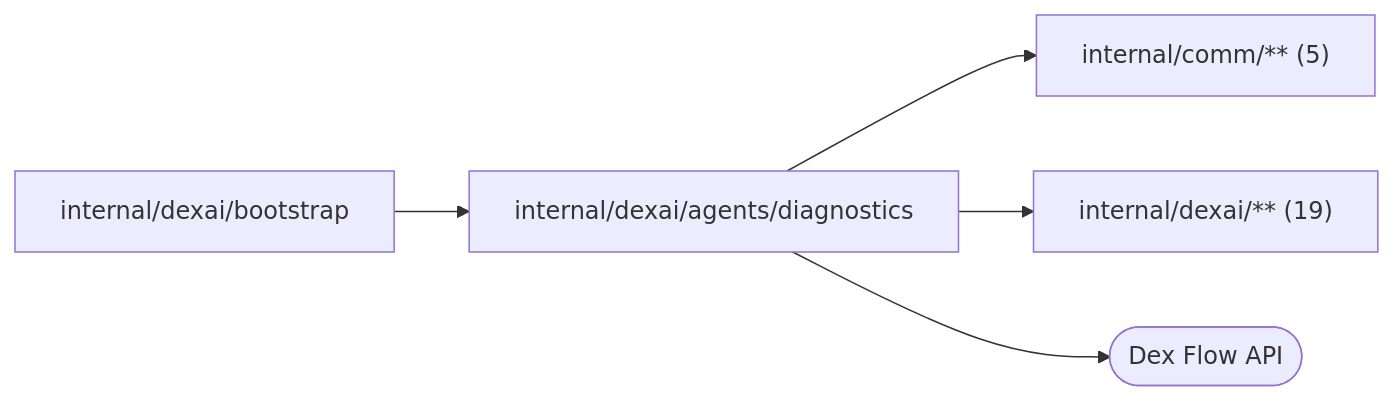
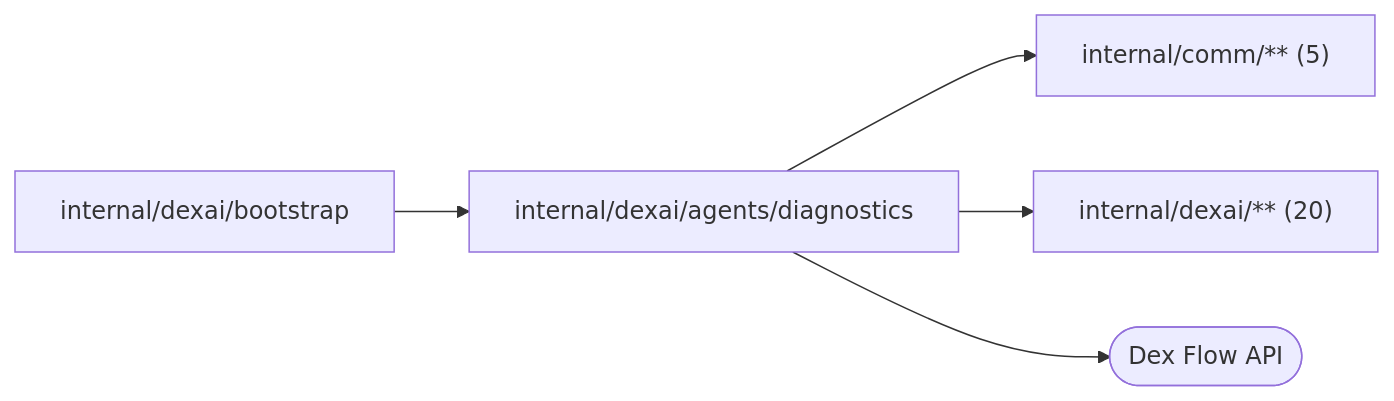
The diagram in internal/dexai/agents/diagnostics/README.md (superdurable/superverse), drawn with Mermaid before and after one commit. The commit also changed other lines of this file and 259 other files, not shown here.

````diff
--- a/internal/dexai/agents/diagnostics/README.md
+++ b/internal/dexai/agents/diagnostics/README.md
@@ -10,8 +10,8 @@
 ```mermaid
 flowchart LR
   self["internal/dexai/agents/diagnostics"]
   c0["internal/dexai/bootstrap"] --> self
   self --> d0["internal/comm/** (5)"]
-  self --> d1["internal/dexai/** (19)"]
+  self --> d1["internal/dexai/** (20)"]
   self --> e0(["Dex Flow API"])
 ```
````
